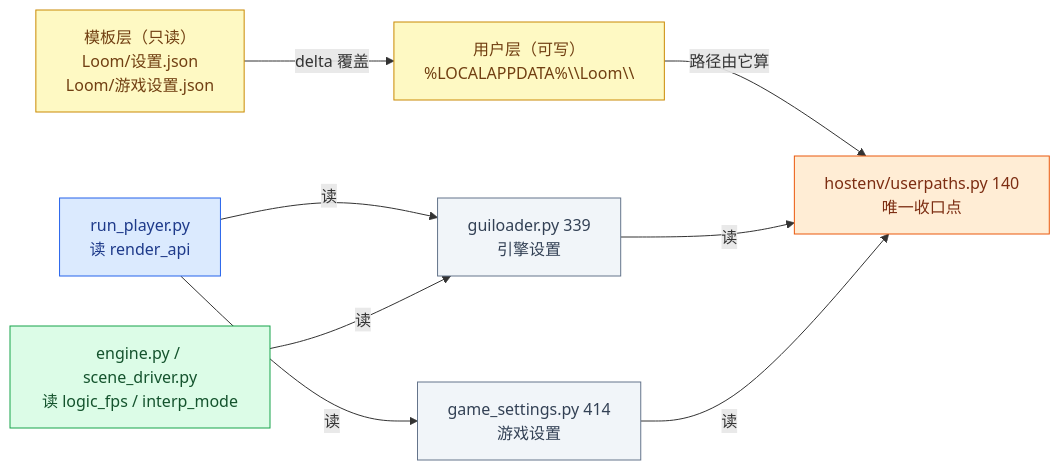
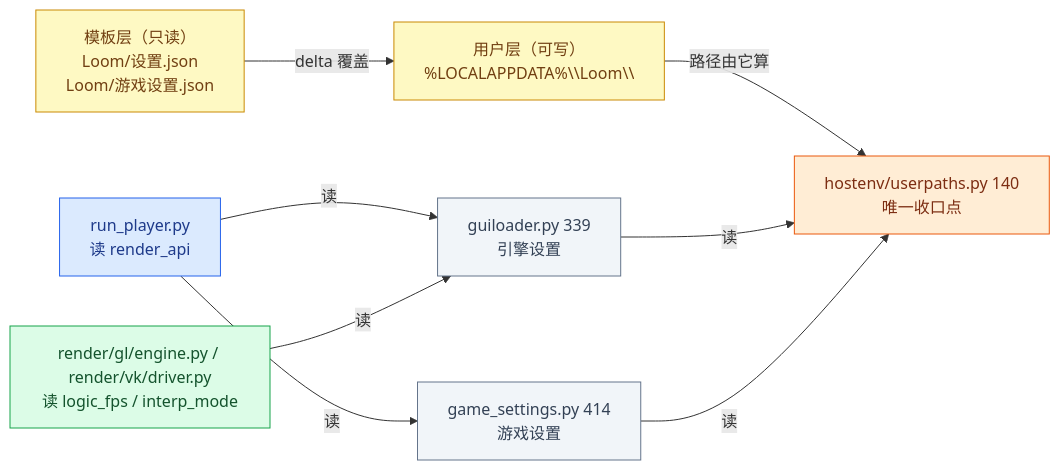
The tenth of 23 diagrams in ARCHITECTURE.md (lhy302/WeaveEngine), drawn with Mermaid before and after one commit. The commit also changed other lines of this file and 97 other files, not shown here.

````diff
--- a/ARCHITECTURE.md
+++ b/ARCHITECTURE.md
@@ -452,22 +452,22 @@
 ```mermaid
 flowchart LR
   T["模板层（只读）<br/>Loom/设置.json<br/>Loom/游戏设置.json"]:::external
   U["用户层（可写）<br/>%LOCALAPPDATA%\\Loom\\"]:::external
   P["hostenv/userpaths.py 140<br/>唯一收口点"]:::contract
   G1["guiloader.py 339<br/>引擎设置"]:::file
   G2["game_settings.py 414<br/>游戏设置"]:::file
   R1["run_player.py<br/>读 render_api"]:::entry
-  R2["engine.py / scene_driver.py<br/>读 logic_fps / interp_mode"]:::impl
+  R2["render/gl/engine.py / render/vk/driver.py<br/>读 logic_fps / interp_mode"]:::impl
   T -->|delta 覆盖| U
   U -->|路径由它算| P
   G1 -->|读| P
   G2 -->|读| P
   R1 -->|读| G1
   R1 -->|读| G2
   R2 -->|读| G1
   classDef entry fill:#dbeafe,stroke:#2563eb,color:#1e3a8a
   classDef impl fill:#dcfce7,stroke:#16a34a,color:#14532d
   classDef contract fill:#ffedd5,stroke:#ea580c,color:#7c2d12
   classDef file fill:#f1f5f9,stroke:#64748b,color:#334155
   classDef external fill:#fef9c3,stroke:#ca8a04,color:#713f12
 ```
````
